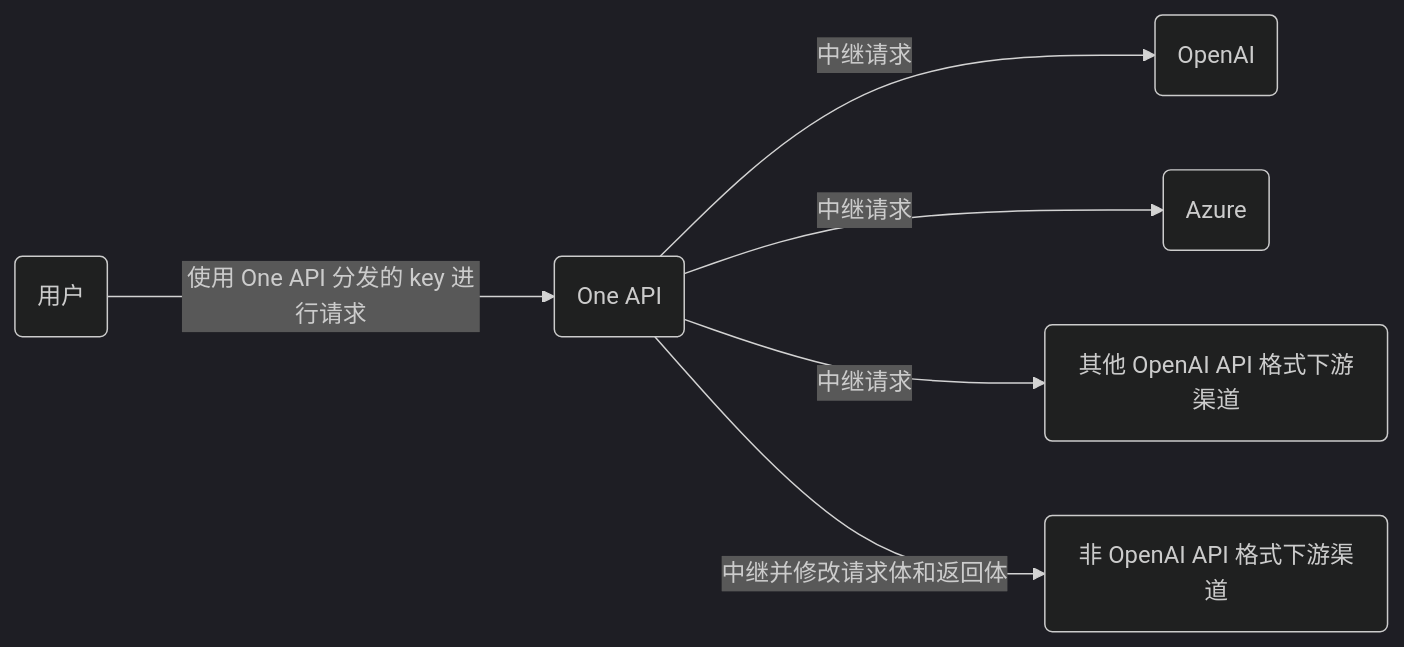
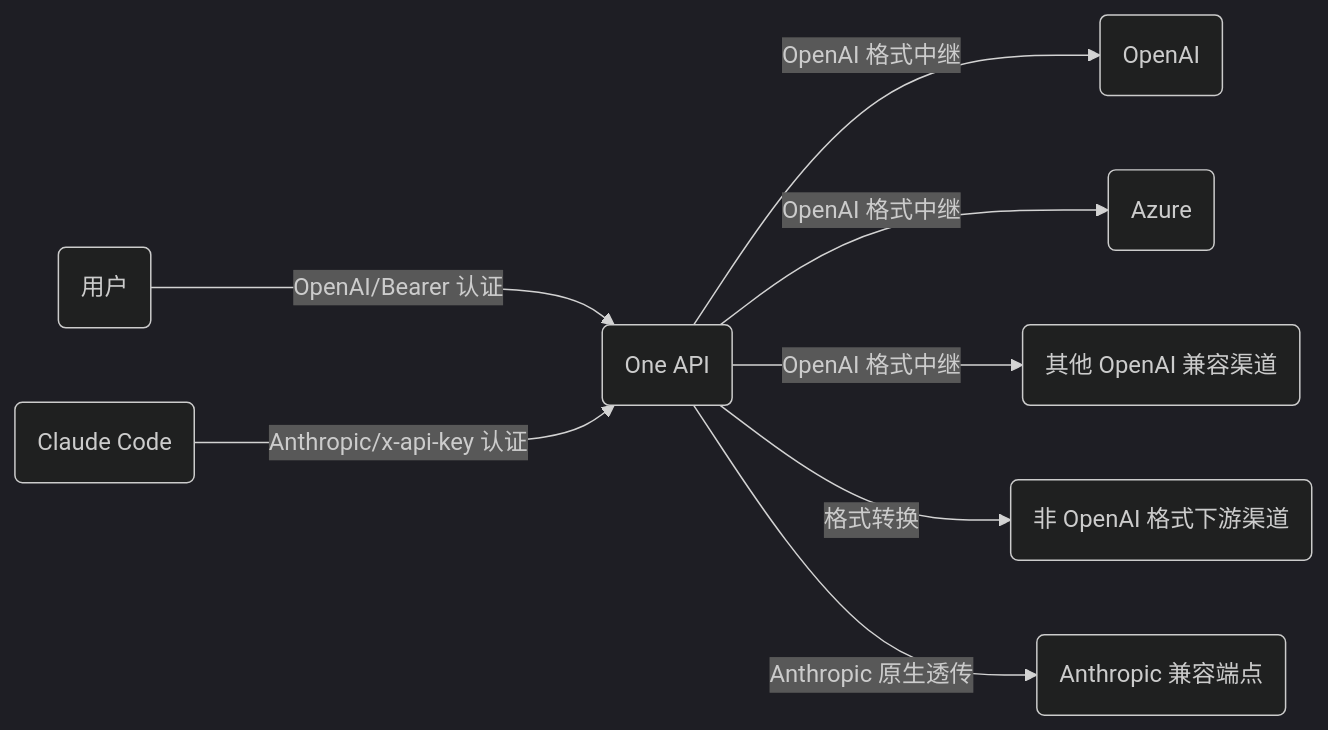
One commit to firekula/one-api changed the diagram in README.md. Above: the diagram before and after it, drawn with Mermaid (dark theme). The commit also changed other lines of this file, not shown here.

Commit message:
docs: 更新 README 补充 Anthropic Messages API 和 Claude Code 接入说明

````diff
--- a/README.md
+++ b/README.md
@@ -339,9 +339,11 @@
 ```mermaid
 graph LR
     A(用户)
-    A --->|使用 One API 分发的 key 进行请求| B(One API)
-    B -->|中继请求| C(OpenAI)
-    B -->|中继请求| D(Azure)
-    B -->|中继请求| E(其他 OpenAI API 格式下游渠道)
-    B -->|中继并修改请求体和返回体| F(非 OpenAI API 格式下游渠道)
+    A --->|OpenAI/Bearer 认证| B(One API)
+    A2(Claude Code) --->|Anthropic/x-api-key 认证| B
+    B -->|OpenAI 格式中继| C(OpenAI)
+    B -->|OpenAI 格式中继| D(Azure)
+    B -->|OpenAI 格式中继| E(其他 OpenAI 兼容渠道)
+    B -->|格式转换| F(非 OpenAI 格式下游渠道)
+    B -->|Anthropic 原生透传| G(Anthropic 兼容端点)
 ```
````
